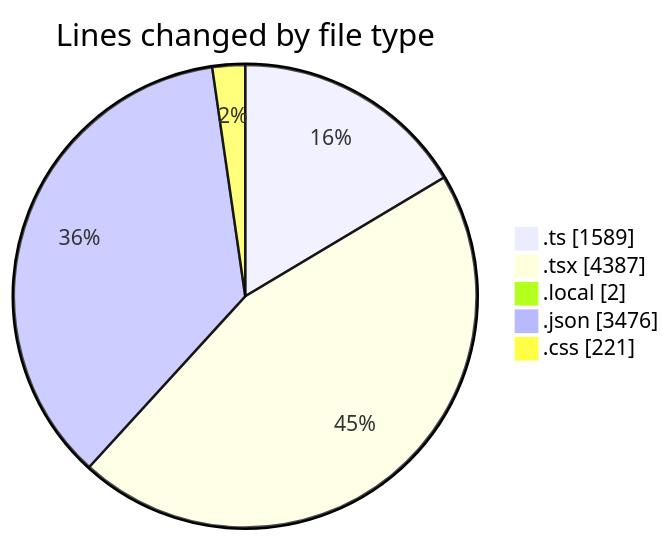
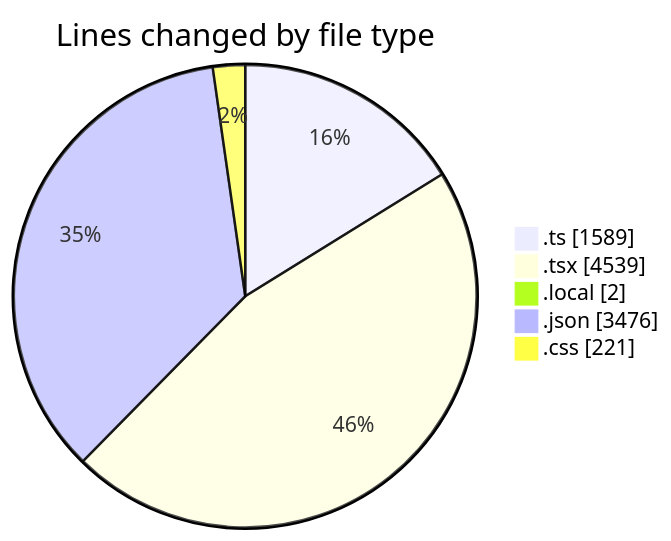
One commit to julien-gomy/code-tracking changed the first of 2 diagrams in 2025-10-28/eventscop-frontend-guide__workspace_/README.md. Above: the diagram before and after it, drawn with Mermaid. The commit also changed other lines of this file and 1 other file, not shown here.

````diff
--- a/2025-10-28/eventscop-frontend-guide__workspace_/README.md
+++ b/2025-10-28/eventscop-frontend-guide__workspace_/README.md
@@ -53,9 +54,9 @@
 ```mermaid
 pie showData
 title Lines changed by file type
 ".ts" : 1589
-".tsx" : 4387
+".tsx" : 4539
 ".local" : 2
 ".json" : 3476
 ".css" : 221
 ```
````
